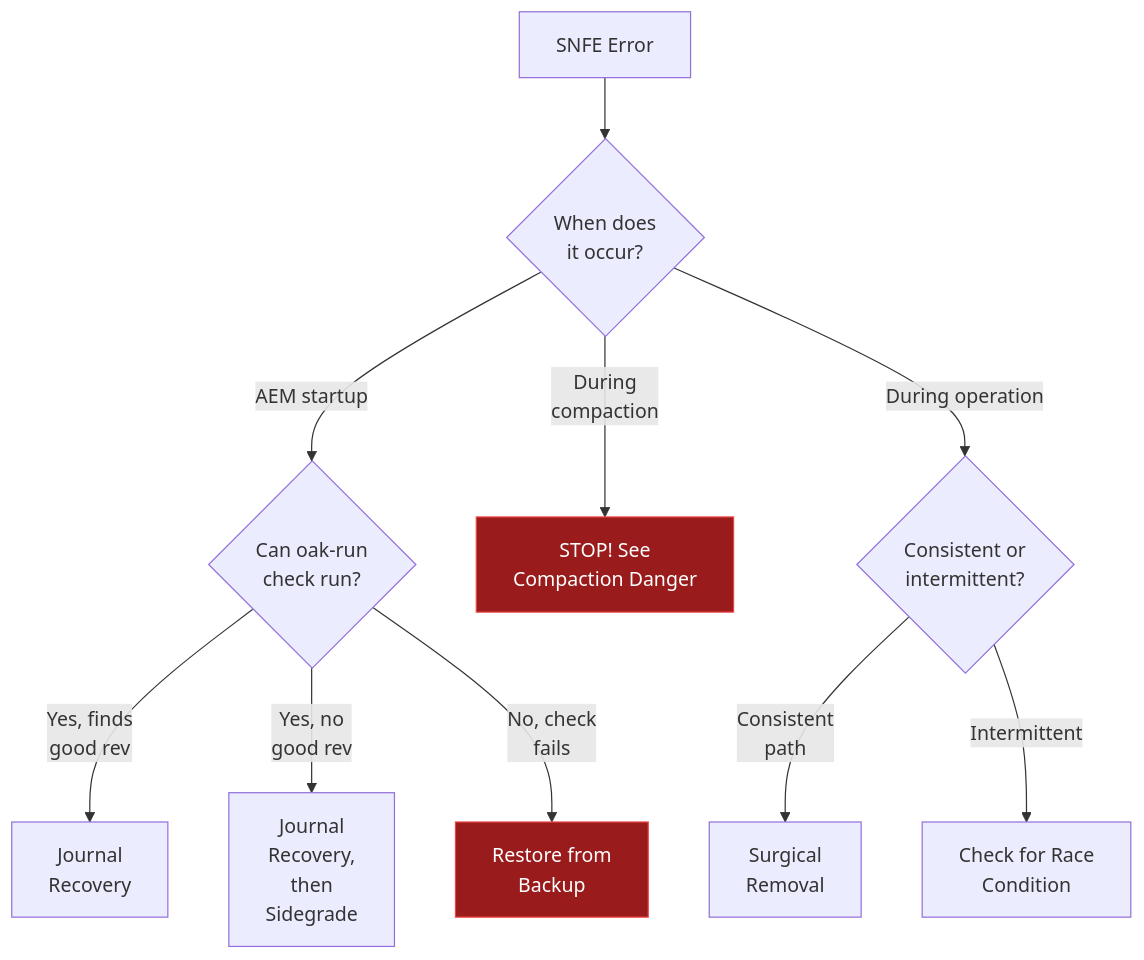
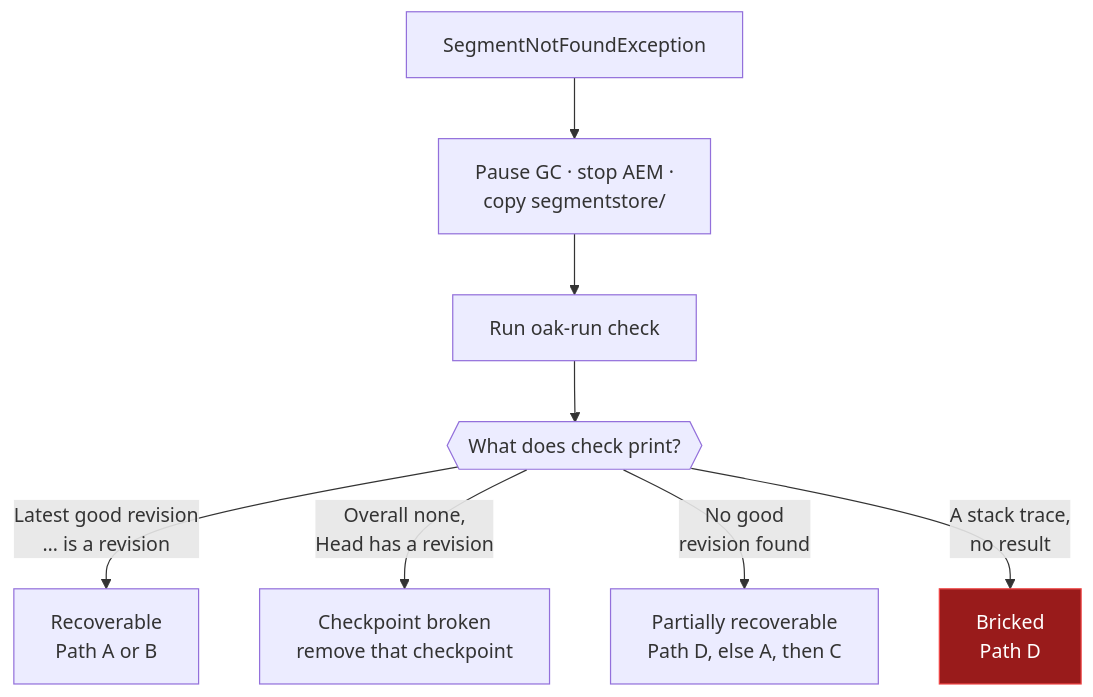
One commit to somarc/oak-magnum-oakus changed the diagram in docs/recovery/snfe-playbook.md. Above: the diagram before and after it, drawn with Mermaid. The commit also changed other lines of this file and 1 other file, not shown here.

First line of the commit message:
docs(snfe-playbook): decision tree driven by check output, race needs its GC tag

````diff
--- a/docs/recovery/snfe-playbook.md
+++ b/docs/recovery/snfe-playbook.md
@@ -25,17 +27,12 @@
 ```mermaid
 flowchart TD
-    A[SNFE Error] --> B{When does<br/>it occur?}
-    B -->|AEM startup| C{Can oak-run<br/>check run?}
-    B -->|During<br/>compaction| E[STOP! See<br/>Compaction Danger]
-    B -->|During operation| D{Consistent or<br/>intermittent?}
-    
-    C -->|Yes, finds<br/>good rev| F[Journal<br/>Recovery]
-    C -->|Yes, no<br/>good rev| G[Journal<br/>Recovery,<br/>then<br/>Sidegrade]
-    C -->|No, check<br/>fails| H[Restore from<br/>Backup]
-    
-    D -->|Consistent<br/>path| I[Surgical<br/>Removal]
-    D -->|Intermittent| J[Check for Race<br/>Condition]
-    
+    A["SegmentNotFoundException"] --> B["Pause GC · stop AEM ·<br/>copy segmentstore/"]
+    B --> C["Run oak-run check"]
+    C --> D{{"What does check print?"}}
+    D -->|"Latest good revision<br/>… is a revision"| E["Recoverable<br/>Path A or B"]
+    D -->|"Overall none,<br/>Head has a revision"| F["Checkpoint broken<br/>remove that checkpoint"]
+    D -->|"No good<br/>revision found"| G["Partially recoverable<br/>Path D, else A, then C"]
+    D -->|"A stack trace,<br/>no result"| H["Bricked<br/>Path D"]
+
     style H fill:#991b1b,stroke:#ef4444,color:#fff
-    style E fill:#991b1b,stroke:#ef4444,color:#fff
 ```
````
